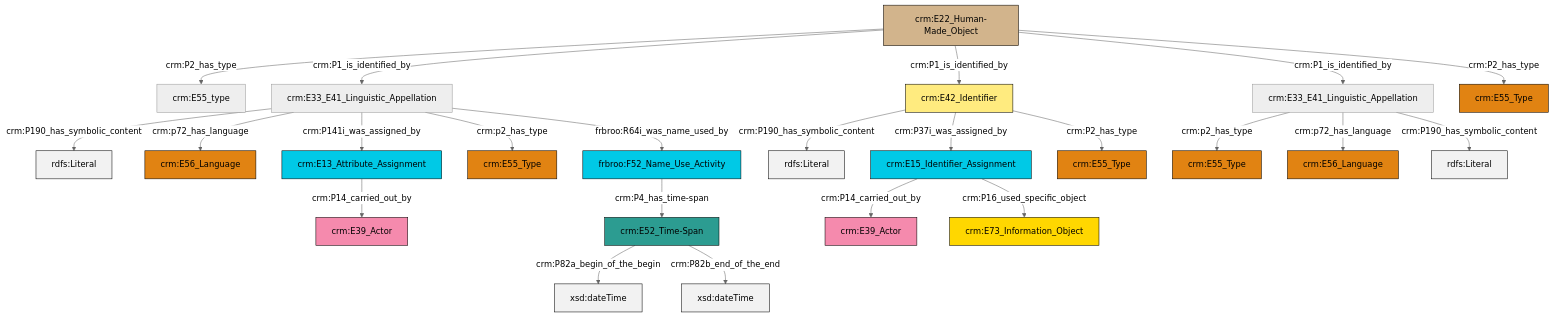
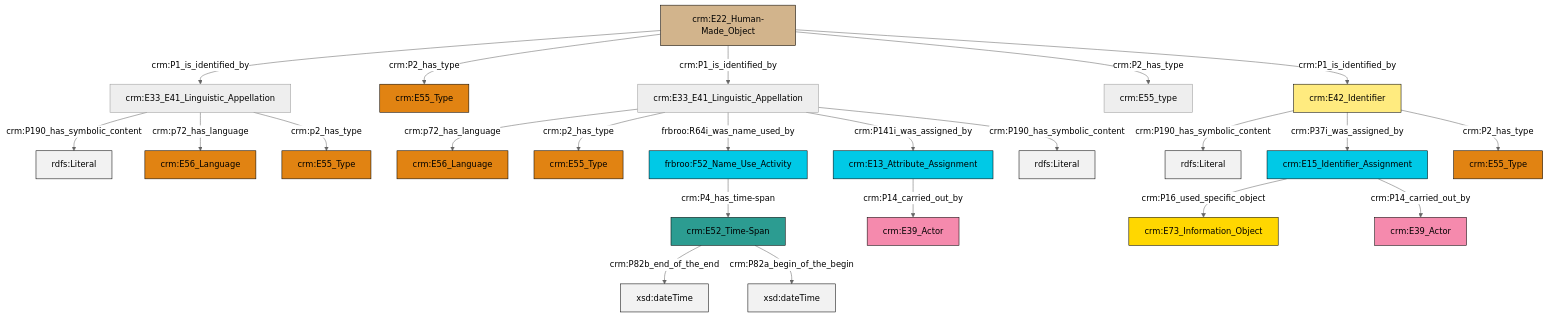
One commit to ncarboni/srdm changed the diagram in et/artworkCSV/ttl/mmd/Artwork_Name.ttl.mmd. Above: the diagram before and after it, drawn with Mermaid (neutral theme). The commit also changed 187 other files, not shown here.

```diff
--- a/et/artworkCSV/ttl/mmd/Artwork_Name.ttl.mmd
+++ b/et/artworkCSV/ttl/mmd/Artwork_Name.ttl.mmd
@@ -1,37 +1,37 @@
 graph TD
 classDef Literal fill:#f2f2f2,stroke:#000000;
 classDef CRM_Entity fill:#FFFFFF,stroke:#000000;
 classDef Temporal_Entity fill:#00C9E6, stroke:#000000;
 classDef Type fill:#E18312, stroke:#000000;
 classDef Time-Span fill:#2C9C91, stroke:#000000;
 classDef Appellation fill:#FFEB7F, stroke:#000000;
 classDef Place fill:#008836, stroke:#000000;
 classDef Persistent_Item fill:#B266B2, stroke:#000000;
 classDef Conceptual_Object fill:#FFD700, stroke:#000000;
 classDef Physical_Thing fill:#D2B48C, stroke:#000000;
 classDef Actor fill:#f58aad, stroke:#000000;
 classDef PC_Classes fill:#4ce600, stroke:#000000;
 classDef Multi fill:#cccccc,stroke:#000000;
 
-0["crm:E22_Human-Made_Object"]:::Physical_Thing -->|crm:P2_has_type| 1["crm:E55_type"]:::Default
-4["crm:E33_E41_Linguistic_Appellation"]:::Default -->|crm:p2_has_type| 5["crm:E55_Type"]:::Type
-6["crm:E33_E41_Linguistic_Appellation"]:::Default -->|crm:P190_has_symbolic_content| 7[rdfs:Literal]:::Literal
-4["crm:E33_E41_Linguistic_Appellation"]:::Default -->|crm:p72_has_language| 8["crm:E56_Language"]:::Type
-6["crm:E33_E41_Linguistic_Appellation"]:::Default -->|crm:p72_has_language| 9["crm:E56_Language"]:::Type
-0["crm:E22_Human-Made_Object"]:::Physical_Thing -->|crm:P1_is_identified_by| 6["crm:E33_E41_Linguistic_Appellation"]:::Default
-6["crm:E33_E41_Linguistic_Appellation"]:::Default -->|crm:P141i_was_assigned_by| 2["crm:E13_Attribute_Assignment"]:::Temporal_Entity
-0["crm:E22_Human-Made_Object"]:::Physical_Thing -->|crm:P1_is_identified_by| 10["crm:E42_Identifier"]:::Appellation
-10["crm:E42_Identifier"]:::Appellation -->|crm:P190_has_symbolic_content| 21[rdfs:Literal]:::Literal
-22["frbroo:F52_Name_Use_Activity"]:::Temporal_Entity -->|crm:P4_has_time-span| 23["crm:E52_Time-Span"]:::Time-Span
-14["crm:E15_Identifier_Assignment"]:::Temporal_Entity -->|crm:P14_carried_out_by| 24["crm:E39_Actor"]:::Actor
-6["crm:E33_E41_Linguistic_Appellation"]:::Default -->|crm:p2_has_type| 12["crm:E55_Type"]:::Type
-23["crm:E52_Time-Span"]:::Time-Span -->|crm:P82a_begin_of_the_begin| 27[xsd:dateTime]:::Literal
-2["crm:E13_Attribute_Assignment"]:::Temporal_Entity -->|crm:P14_carried_out_by| 18["crm:E39_Actor"]:::Actor
-4["crm:E33_E41_Linguistic_Appellation"]:::Default -->|crm:P190_has_symbolic_content| 28[rdfs:Literal]:::Literal
-10["crm:E42_Identifier"]:::Appellation -->|crm:P37i_was_assigned_by| 14["crm:E15_Identifier_Assignment"]:::Temporal_Entity
-0["crm:E22_Human-Made_Object"]:::Physical_Thing -->|crm:P1_is_identified_by| 4["crm:E33_E41_Linguistic_Appellation"]:::Default
-23["crm:E52_Time-Span"]:::Time-Span -->|crm:P82b_end_of_the_end| 31[xsd:dateTime]:::Literal
-14["crm:E15_Identifier_Assignment"]:::Temporal_Entity -->|crm:P16_used_specific_object| 32["crm:E73_Information_Object"]:::Conceptual_Object
-6["crm:E33_E41_Linguistic_Appellation"]:::Default -->|frbroo:R64i_was_name_used_by| 22["frbroo:F52_Name_Use_Activity"]:::Temporal_Entity
-10["crm:E42_Identifier"]:::Appellation -->|crm:P2_has_type| 35["crm:E55_Type"]:::Type
-0["crm:E22_Human-Made_Object"]:::Physical_Thing -->|crm:P2_has_type| 38["crm:E55_Type"]:::Type
+0["crm:E33_E41_Linguistic_Appellation"]:::Default -->|crm:p72_has_language| 1["crm:E56_Language"]:::Type
+0["crm:E33_E41_Linguistic_Appellation"]:::Default -->|crm:p2_has_type| 5["crm:E55_Type"]:::Type
+6["crm:E22_Human-Made_Object"]:::Physical_Thing -->|crm:P1_is_identified_by| 7["crm:E33_E41_Linguistic_Appellation"]:::Default
+7["crm:E33_E41_Linguistic_Appellation"]:::Default -->|crm:P190_has_symbolic_content| 8[rdfs:Literal]:::Literal
+9["frbroo:F52_Name_Use_Activity"]:::Temporal_Entity -->|crm:P4_has_time-span| 10["crm:E52_Time-Span"]:::Time-Span
+0["crm:E33_E41_Linguistic_Appellation"]:::Default -->|frbroo:R64i_was_name_used_by| 9["frbroo:F52_Name_Use_Activity"]:::Temporal_Entity
+7["crm:E33_E41_Linguistic_Appellation"]:::Default -->|crm:p72_has_language| 21["crm:E56_Language"]:::Type
+6["crm:E22_Human-Made_Object"]:::Physical_Thing -->|crm:P2_has_type| 22["crm:E55_Type"]:::Type
+6["crm:E22_Human-Made_Object"]:::Physical_Thing -->|crm:P1_is_identified_by| 0["crm:E33_E41_Linguistic_Appellation"]:::Default
+18["crm:E42_Identifier"]:::Appellation -->|crm:P190_has_symbolic_content| 23[rdfs:Literal]:::Literal
+18["crm:E42_Identifier"]:::Appellation -->|crm:P37i_was_assigned_by| 24["crm:E15_Identifier_Assignment"]:::Temporal_Entity
+0["crm:E33_E41_Linguistic_Appellation"]:::Default -->|crm:P141i_was_assigned_by| 14["crm:E13_Attribute_Assignment"]:::Temporal_Entity
+10["crm:E52_Time-Span"]:::Time-Span -->|crm:P82b_end_of_the_end| 25[xsd:dateTime]:::Literal
+14["crm:E13_Attribute_Assignment"]:::Temporal_Entity -->|crm:P14_carried_out_by| 11["crm:E39_Actor"]:::Actor
+10["crm:E52_Time-Span"]:::Time-Span -->|crm:P82a_begin_of_the_begin| 28[xsd:dateTime]:::Literal
+18["crm:E42_Identifier"]:::Appellation -->|crm:P2_has_type| 2["crm:E55_Type"]:::Type
+24["crm:E15_Identifier_Assignment"]:::Temporal_Entity -->|crm:P16_used_specific_object| 29["crm:E73_Information_Object"]:::Conceptual_Object
+6["crm:E22_Human-Made_Object"]:::Physical_Thing -->|crm:P2_has_type| 35["crm:E55_type"]:::Default
+24["crm:E15_Identifier_Assignment"]:::Temporal_Entity -->|crm:P14_carried_out_by| 26["crm:E39_Actor"]:::Actor
+7["crm:E33_E41_Linguistic_Appellation"]:::Default -->|crm:p2_has_type| 16["crm:E55_Type"]:::Type
+6["crm:E22_Human-Made_Object"]:::Physical_Thing -->|crm:P1_is_identified_by| 18["crm:E42_Identifier"]:::Appellation
+0["crm:E33_E41_Linguistic_Appellation"]:::Default -->|crm:P190_has_symbolic_content| 39[rdfs:Literal]:::Literal
```
